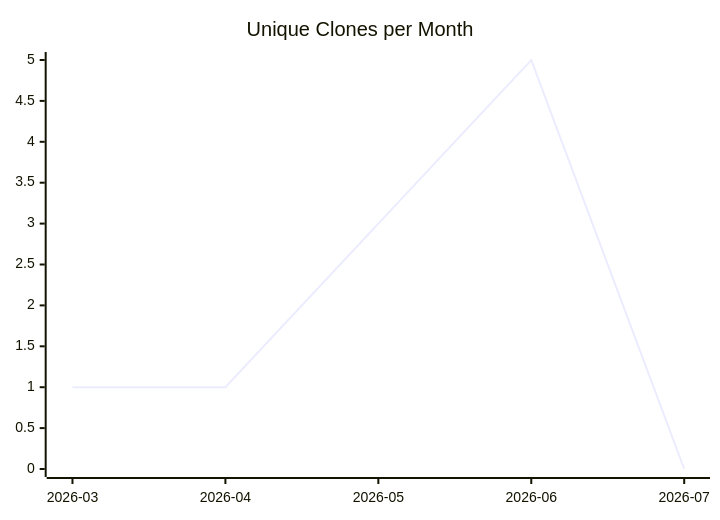
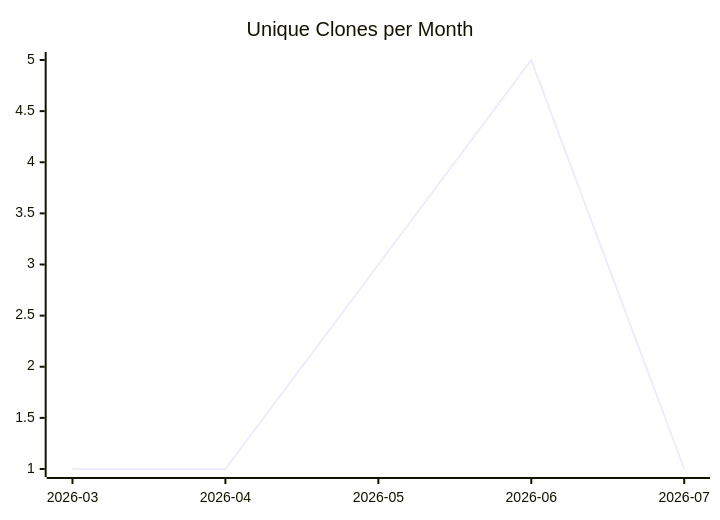
One commit to justdavis-family/github-analytics-data changed the third of 3 diagrams in karlmdavis/ansible/README.md. Above: the diagram before and after it, drawn with Mermaid. The commit also changed other lines of this file and 188 other files, not shown here.

````diff
--- a/karlmdavis/ansible/README.md
+++ b/karlmdavis/ansible/README.md
@@ -19,6 +19,6 @@
 ```mermaid
 xychart-beta
   title "Unique Clones per Month"
   x-axis ["2026-03", "2026-04", "2026-05", "2026-06", "2026-07"]
-  line [1, 1, 3, 5, 0]
+  line [1, 1, 3, 5, 1]
 ```
````
